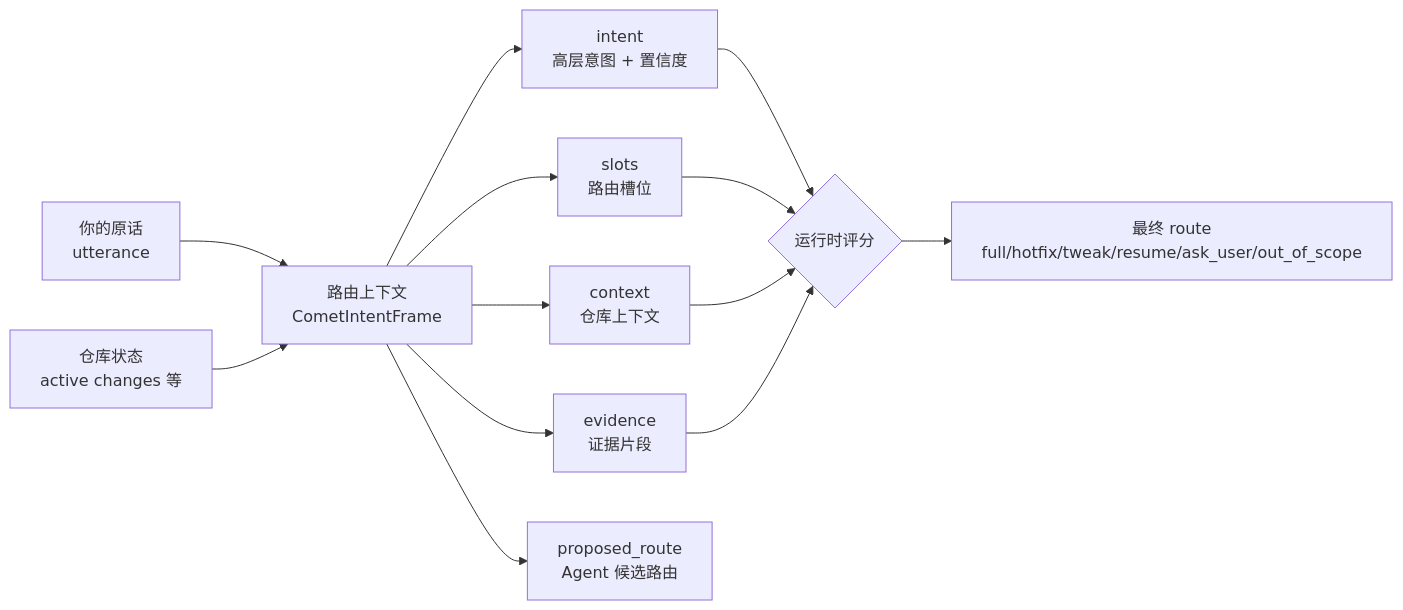
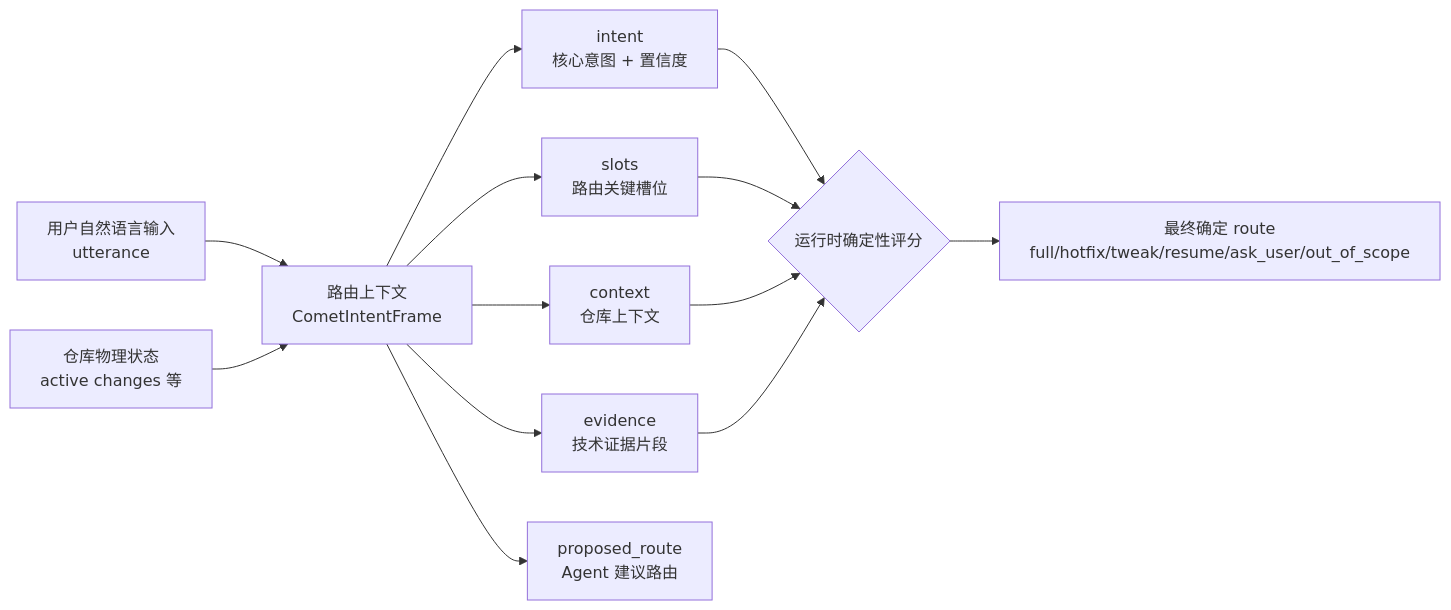
Before and after one commit to rpamis/comet-website-docs: the first of 2 diagrams in zh/concepts/intent-routing.mdx, drawn with Mermaid. The commit also changed other lines of this file and 76 other files, not shown here.

````diff
--- a/zh/concepts/intent-routing.mdx
+++ b/zh/concepts/intent-routing.mdx
@@ -151,15 +146,15 @@
 ```mermaid
 flowchart LR
-    U["你的原话<br/>utterance"] --> F["路由上下文<br/>CometIntentFrame"]
-    R["仓库状态<br/>active changes 等"] --> F
-    F --> I["intent<br/>高层意图 + 置信度"]
-    F --> S["slots<br/>路由槽位"]
+    U["用户自然语言输入<br/>utterance"] --> F["路由上下文<br/>CometIntentFrame"]
+    R["仓库物理状态<br/>active changes 等"] --> F
+    F --> I["intent<br/>核心意图 + 置信度"]
+    F --> S["slots<br/>路由关键槽位"]
     F --> C["context<br/>仓库上下文"]
-    F --> E["evidence<br/>证据片段"]
-    F --> P["proposed_route<br/>Agent 候选路由"]
-    I --> RT{"运行时评分"}
+    F --> E["evidence<br/>技术证据片段"]
+    F --> P["proposed_route<br/>Agent 建议路由"]
+    I --> RT{"运行时确定性评分"}
     S --> RT
     C --> RT
     E --> RT
-    RT --> O["最终 route<br/>full/hotfix/tweak/resume/ask_user/out_of_scope"]
+    RT --> O["最终确定 route<br/>full/hotfix/tweak/resume/ask_user/out_of_scope"]
 ```
````
